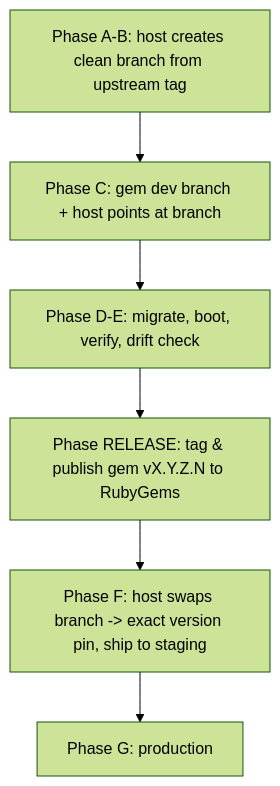
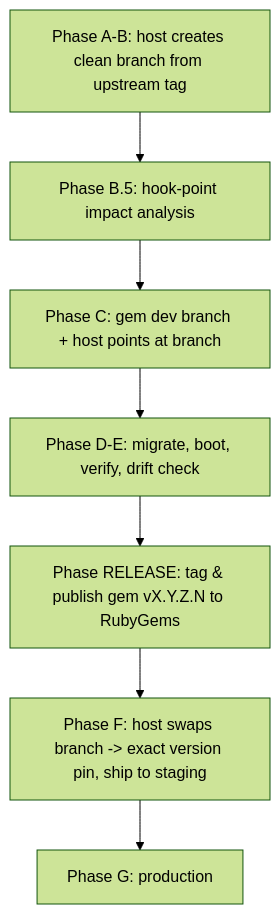
Before and after one commit to patchwork-hub/newsmast_mastodon: the diagram in docs/internal/mastodon-upgrade/RUNBOOK.md, drawn with Mermaid (forest theme). The commit also changed other lines of this file, not shown here.

````diff
--- a/docs/internal/mastodon-upgrade/RUNBOOK.md
+++ b/docs/internal/mastodon-upgrade/RUNBOOK.md
@@ -108,8 +146,9 @@
 ```mermaid
 flowchart TD
-    A[Phase A-B: host creates clean branch from upstream tag] --> B[Phase C: gem dev branch + host points at branch]
+    A[Phase A-B: host creates clean branch from upstream tag] --> A2[Phase B.5: hook-point impact analysis]
+    A2 --> B[Phase C: gem dev branch + host points at branch]
     B --> C[Phase D-E: migrate, boot, verify, drift check]
-   C --> D[Phase RELEASE: tag & publish gem vX.Y.Z.N to RubyGems]
+    C --> D[Phase RELEASE: tag & publish gem vX.Y.Z.N to RubyGems]
     D --> E[Phase F: host swaps branch -> exact version pin, ship to staging]
     E --> F[Phase G: production]
 ```
````
